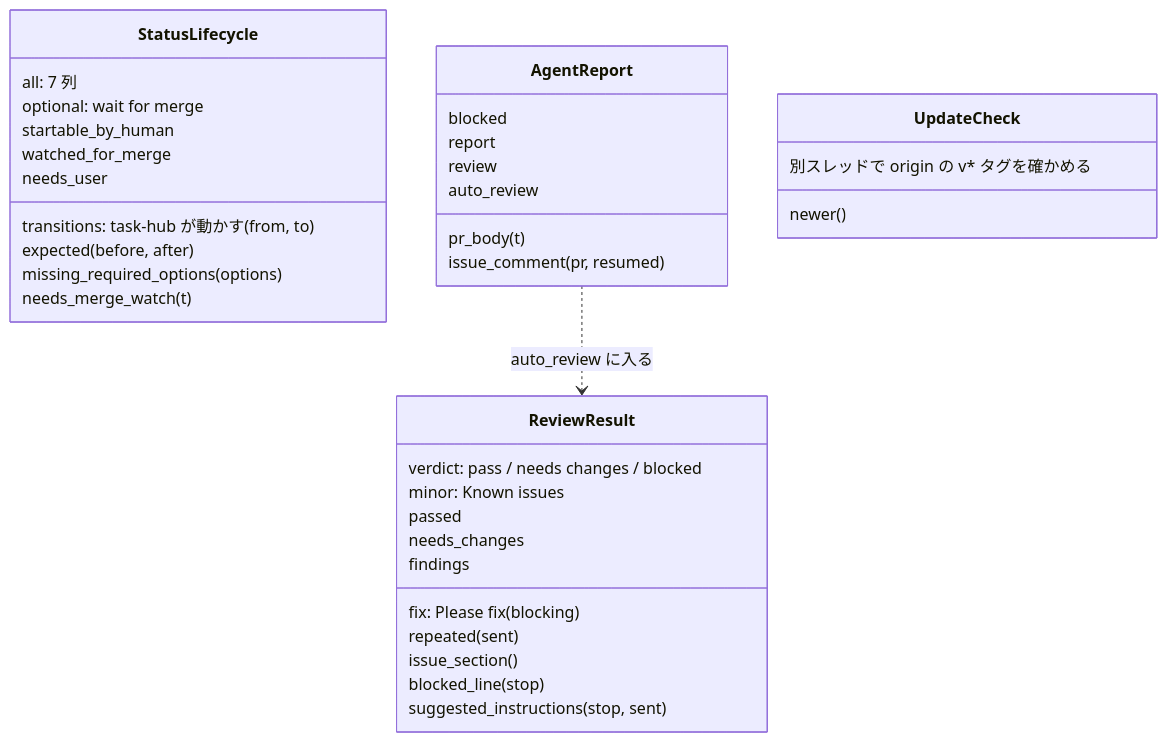
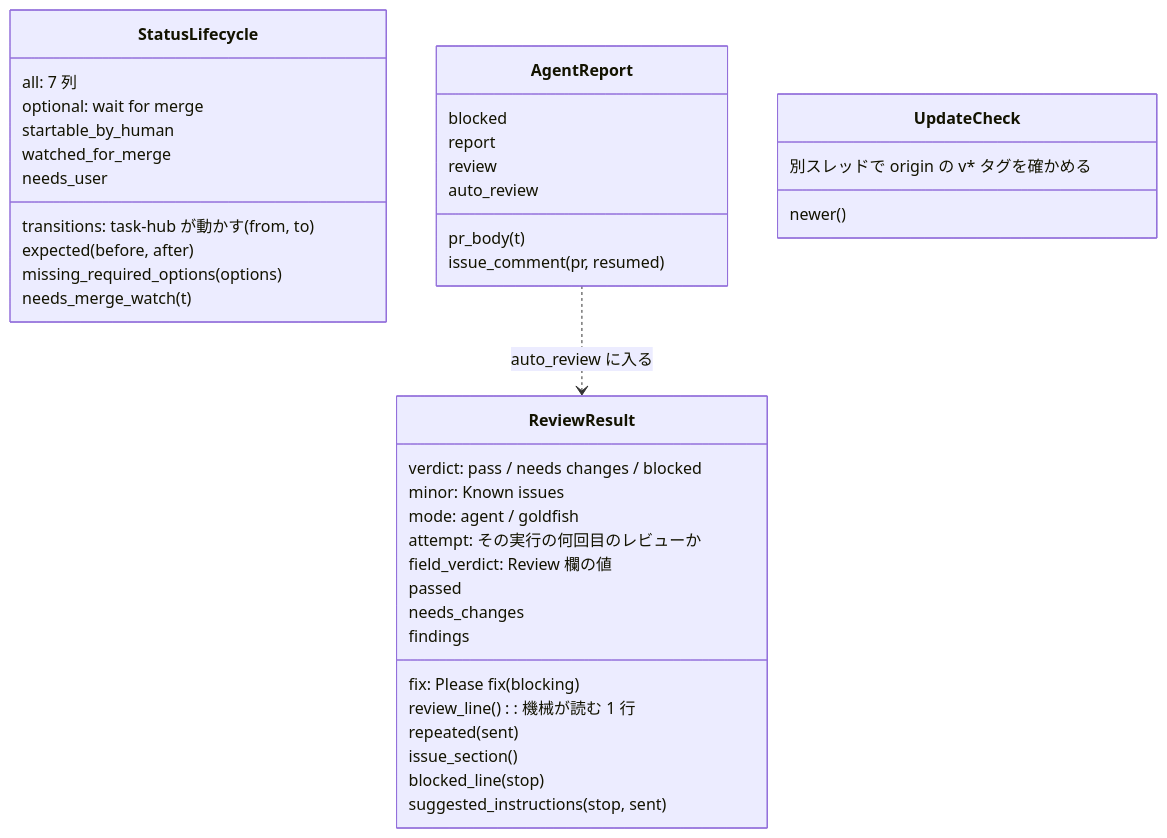
Before and after one commit to jyoka/task-hub: the second of 10 diagrams in docs/architecture/lld.md, drawn with Mermaid. The commit also changed other lines of this file and 11 other files, not shown here.

````diff
--- a/docs/architecture/lld.md
+++ b/docs/architecture/lld.md
@@ -63,39 +63,43 @@
 ```mermaid
 classDiagram
     class StatusLifecycle {
         all: 7 列
         optional: wait for merge
         startable_by_human
         watched_for_merge
         needs_user
         transitions: task-hub が動かす (from, to)
         expected(before, after)
         missing_required_options(options)
         needs_merge_watch(t)
     }
     class AgentReport {
         blocked
         report
         review
         auto_review
         pr_body(t)
         issue_comment(pr, resumed)
     }
     class ReviewResult {
         verdict: pass / needs changes / blocked
         fix: Please fix(blocking)
         minor: Known issues
+        mode: agent / goldfish
+        attempt: その実行の何回目のレビューか
+        field_verdict: Review 欄の値
+        review_line(): 機械が読む 1 行
         passed
         needs_changes
         findings
         repeated(sent)
         issue_section()
         blocked_line(stop)
         suggested_instructions(stop, sent)
     }
     class UpdateCheck {
         別スレッドで origin の v* タグを確かめる
         newer()
     }
     AgentReport ..> ReviewResult : auto_review に入る
 ```
````
